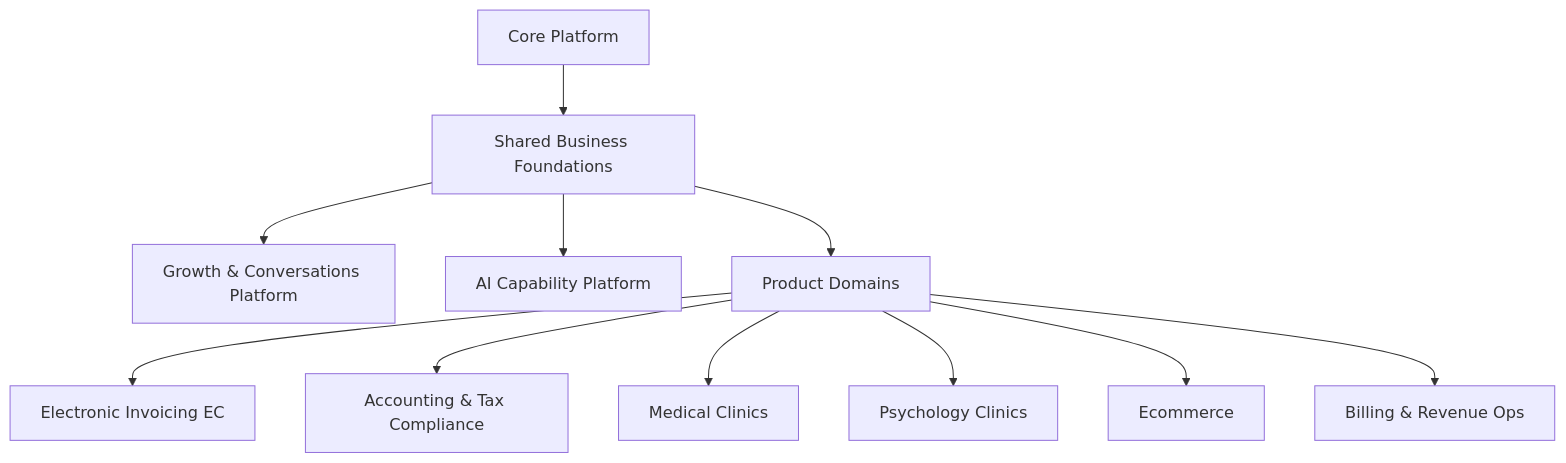
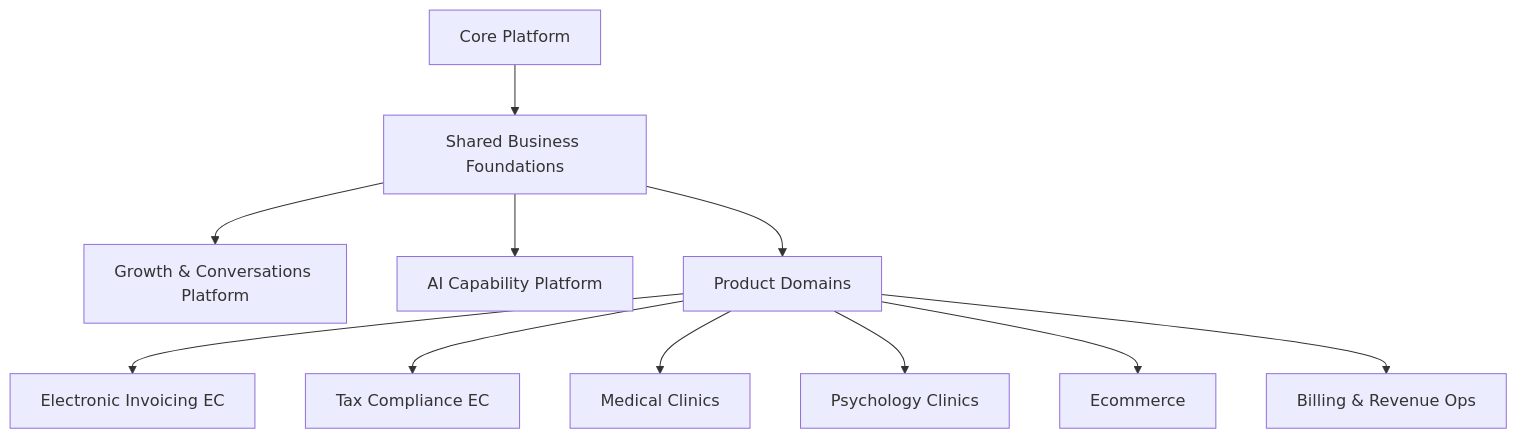
The first of 2 diagrams in docs/saas-conceptual-model.md (georgenton/saas-platform), drawn with Mermaid before and after one commit. The commit also changed other lines of this file and 21 other files, not shown here.

Commit message:
feat(tax-compliance): add Ecuador readiness foundation

````diff
--- a/docs/saas-conceptual-model.md
+++ b/docs/saas-conceptual-model.md
@@ -25,14 +25,14 @@
 ```mermaid
 flowchart TD
     A["Core Platform"] --> B["Shared Business Foundations"]
     B --> C["Growth & Conversations Platform"]
     B --> D["AI Capability Platform"]
     B --> E["Product Domains"]
 
     E --> F["Electronic Invoicing EC"]
-    E --> G["Accounting & Tax Compliance"]
+    E --> G["Tax Compliance EC"]
     E --> H["Medical Clinics"]
     E --> I["Psychology Clinics"]
     E --> J["Ecommerce"]
     E --> K["Billing & Revenue Ops"]
 ```
````
